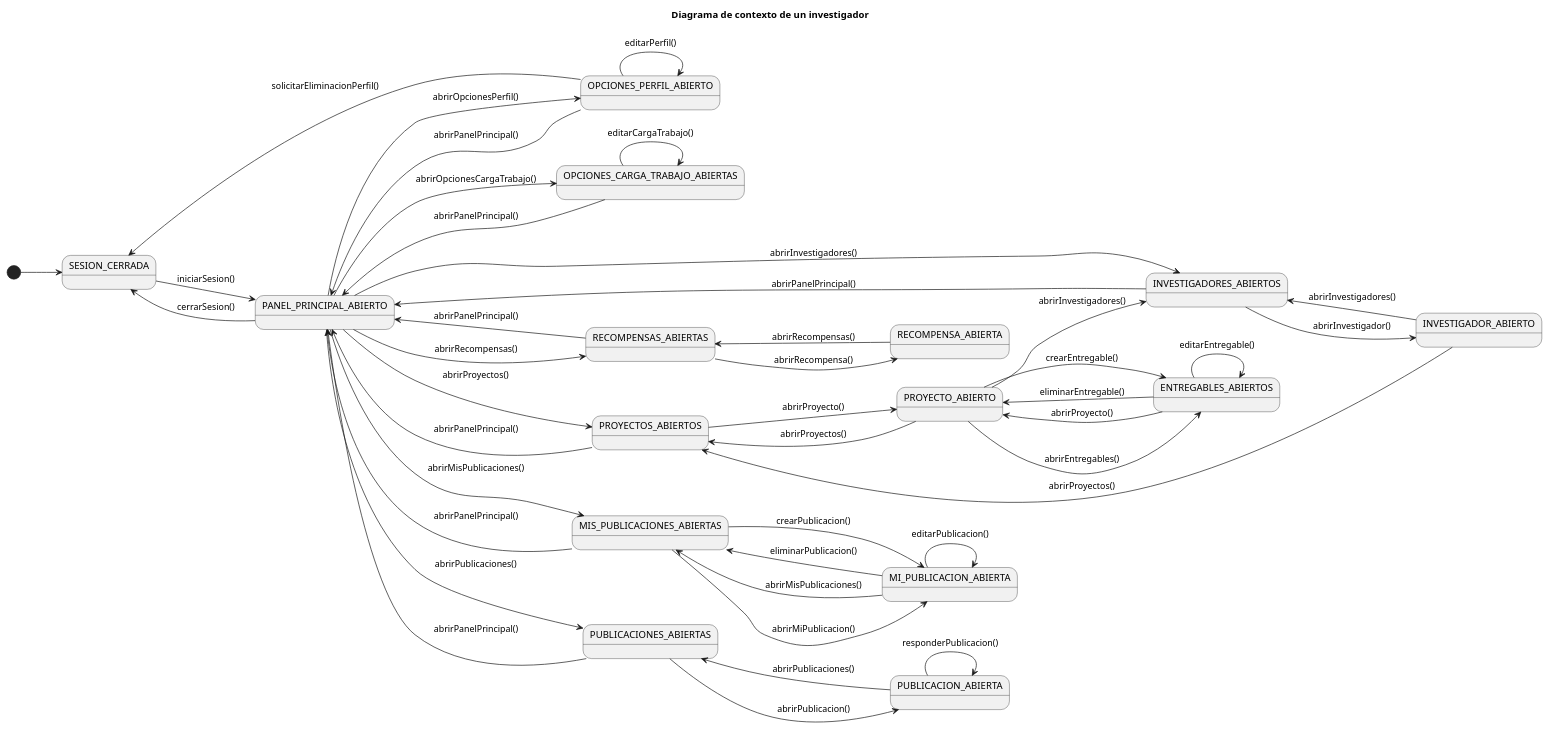
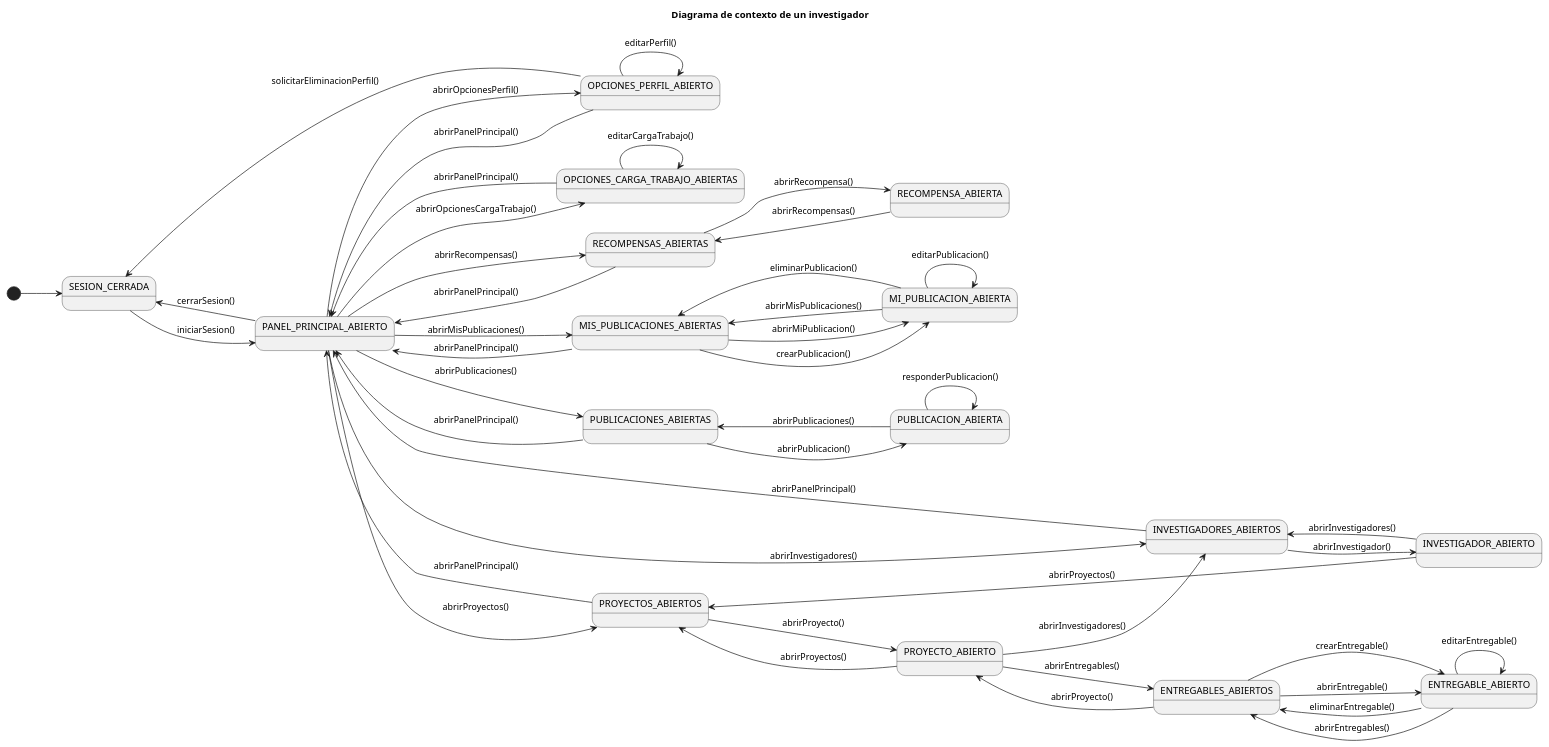
One commit to 31Diego/25-26-IdSw1-SdR changed the diagram in documentación/CasosDeUso/Diagramas/DiagramaContextoInvestigador.puml. Above: the diagram before and after it, drawn with PlantUML. The commit also changed 5 other files, not shown here.

```diff
--- a/documentación/CasosDeUso/Diagramas/DiagramaContextoInvestigador.puml
+++ b/documentación/CasosDeUso/Diagramas/DiagramaContextoInvestigador.puml
@@ -1,62 +1,64 @@
 @startuml DiagramaContextoInvestigador
 
 title Diagrama de contexto de un investigador
 
 left to right direction
 
 [*] --> SESION_CERRADA
 SESION_CERRADA --> PANEL_PRINCIPAL_ABIERTO: iniciarSesion()
 PANEL_PRINCIPAL_ABIERTO --> SESION_CERRADA: cerrarSesion()
 
 PANEL_PRINCIPAL_ABIERTO --> OPCIONES_PERFIL_ABIERTO: abrirOpcionesPerfil()
 PANEL_PRINCIPAL_ABIERTO --> OPCIONES_CARGA_TRABAJO_ABIERTAS: abrirOpcionesCargaTrabajo()
 PANEL_PRINCIPAL_ABIERTO --> PROYECTOS_ABIERTOS: abrirProyectos()
 PANEL_PRINCIPAL_ABIERTO --> INVESTIGADORES_ABIERTOS: abrirInvestigadores()
 PANEL_PRINCIPAL_ABIERTO --> MIS_PUBLICACIONES_ABIERTAS: abrirMisPublicaciones()
 PANEL_PRINCIPAL_ABIERTO --> PUBLICACIONES_ABIERTAS: abrirPublicaciones()
 PANEL_PRINCIPAL_ABIERTO --> RECOMPENSAS_ABIERTAS: abrirRecompensas()
 
 
 
 OPCIONES_PERFIL_ABIERTO --> OPCIONES_PERFIL_ABIERTO: editarPerfil()
 OPCIONES_PERFIL_ABIERTO --> SESION_CERRADA: solicitarEliminacionPerfil()
 OPCIONES_PERFIL_ABIERTO --> PANEL_PRINCIPAL_ABIERTO: abrirPanelPrincipal()
 
 OPCIONES_CARGA_TRABAJO_ABIERTAS --> OPCIONES_CARGA_TRABAJO_ABIERTAS: editarCargaTrabajo()
 OPCIONES_CARGA_TRABAJO_ABIERTAS --> PANEL_PRINCIPAL_ABIERTO: abrirPanelPrincipal()
 
 PUBLICACIONES_ABIERTAS --> PUBLICACION_ABIERTA: abrirPublicacion()
 PUBLICACION_ABIERTA --> PUBLICACION_ABIERTA: responderPublicacion()
 PUBLICACION_ABIERTA --> PUBLICACIONES_ABIERTAS: abrirPublicaciones()
 PUBLICACIONES_ABIERTAS --> PANEL_PRINCIPAL_ABIERTO: abrirPanelPrincipal()
 
 MIS_PUBLICACIONES_ABIERTAS --> MI_PUBLICACION_ABIERTA: abrirMiPublicacion()
 MIS_PUBLICACIONES_ABIERTAS --> MI_PUBLICACION_ABIERTA: crearPublicacion()
 MI_PUBLICACION_ABIERTA --> MI_PUBLICACION_ABIERTA: editarPublicacion()
 MI_PUBLICACION_ABIERTA --> MIS_PUBLICACIONES_ABIERTAS: eliminarPublicacion()
 MIS_PUBLICACIONES_ABIERTAS --> PANEL_PRINCIPAL_ABIERTO: abrirPanelPrincipal()
 MI_PUBLICACION_ABIERTA --> MIS_PUBLICACIONES_ABIERTAS: abrirMisPublicaciones()
 
 PROYECTOS_ABIERTOS --> PROYECTO_ABIERTO: abrirProyecto()
 PROYECTOS_ABIERTOS --> PANEL_PRINCIPAL_ABIERTO: abrirPanelPrincipal()
 
 RECOMPENSAS_ABIERTAS --> RECOMPENSA_ABIERTA: abrirRecompensa()
 RECOMPENSA_ABIERTA --> RECOMPENSAS_ABIERTAS: abrirRecompensas()
 RECOMPENSAS_ABIERTAS --> PANEL_PRINCIPAL_ABIERTO: abrirPanelPrincipal()
 
 
 PROYECTO_ABIERTO --> ENTREGABLES_ABIERTOS: abrirEntregables()
-PROYECTO_ABIERTO --> ENTREGABLES_ABIERTOS: crearEntregable()
+ENTREGABLES_ABIERTOS --> ENTREGABLE_ABIERTO: crearEntregable()
 PROYECTO_ABIERTO --> INVESTIGADORES_ABIERTOS: abrirInvestigadores()
 PROYECTO_ABIERTO --> PROYECTOS_ABIERTOS: abrirProyectos()
 
-ENTREGABLES_ABIERTOS --> ENTREGABLES_ABIERTOS: editarEntregable()
-ENTREGABLES_ABIERTOS --> PROYECTO_ABIERTO: eliminarEntregable()
+ENTREGABLE_ABIERTO --> ENTREGABLE_ABIERTO: editarEntregable()
+ENTREGABLES_ABIERTOS--> ENTREGABLE_ABIERTO: abrirEntregable()
+ENTREGABLE_ABIERTO --> ENTREGABLES_ABIERTOS: eliminarEntregable()
 ENTREGABLES_ABIERTOS --> PROYECTO_ABIERTO: abrirProyecto()
+ENTREGABLE_ABIERTO --> ENTREGABLES_ABIERTOS: abrirEntregables()
 
 INVESTIGADORES_ABIERTOS --> INVESTIGADOR_ABIERTO: abrirInvestigador()
 INVESTIGADORES_ABIERTOS --> PANEL_PRINCIPAL_ABIERTO: abrirPanelPrincipal()
 INVESTIGADOR_ABIERTO --> INVESTIGADORES_ABIERTOS: abrirInvestigadores()
 INVESTIGADOR_ABIERTO --> PROYECTOS_ABIERTOS: abrirProyectos()
 
 @enduml
```
